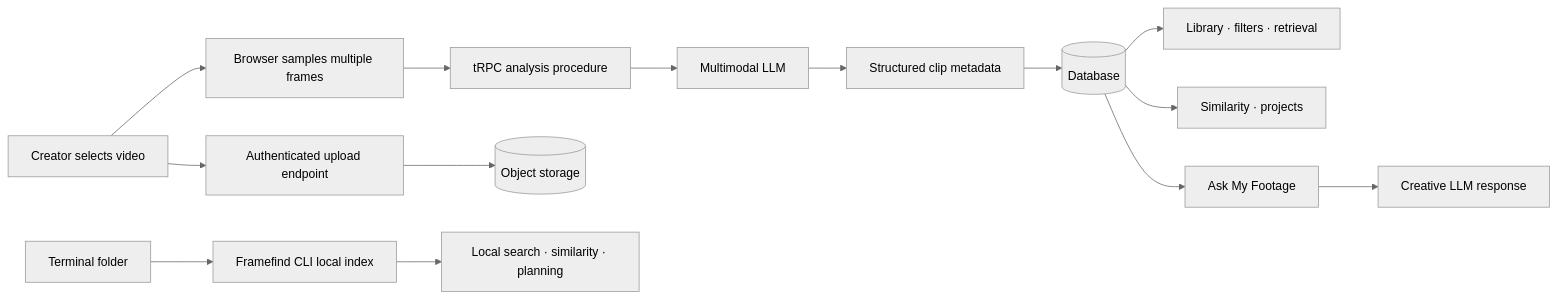
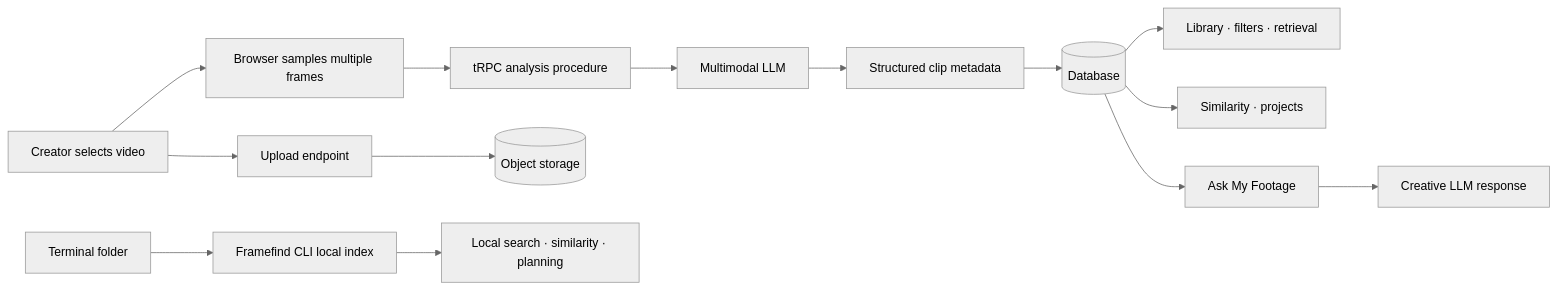
Before and after one commit to Mandyx22/ai-footage-organizer: the diagram in README.md, drawn with Mermaid (neutral theme). The commit also changed other lines of this file and 8 other files, not shown here.

````diff
--- a/README.md
+++ b/README.md
@@ -24,16 +24,16 @@
 ```mermaid
 flowchart LR
   A[Creator selects video] --> B[Browser samples multiple frames]
   B --> C[tRPC analysis procedure]
   C --> D[Multimodal LLM]
   D --> E[Structured clip metadata]
   E --> F[(Database)]
-  A --> G[Authenticated upload endpoint]
+  A --> G[Upload endpoint]
   G --> H[(Object storage)]
   F --> I[Library · filters · retrieval]
   F --> J[Similarity · projects]
   F --> K[Ask My Footage]
   K --> L[Creative LLM response]
   M[Terminal folder] --> N[Framefind CLI local index]
   N --> O[Local search · similarity · planning]
 ```
````
